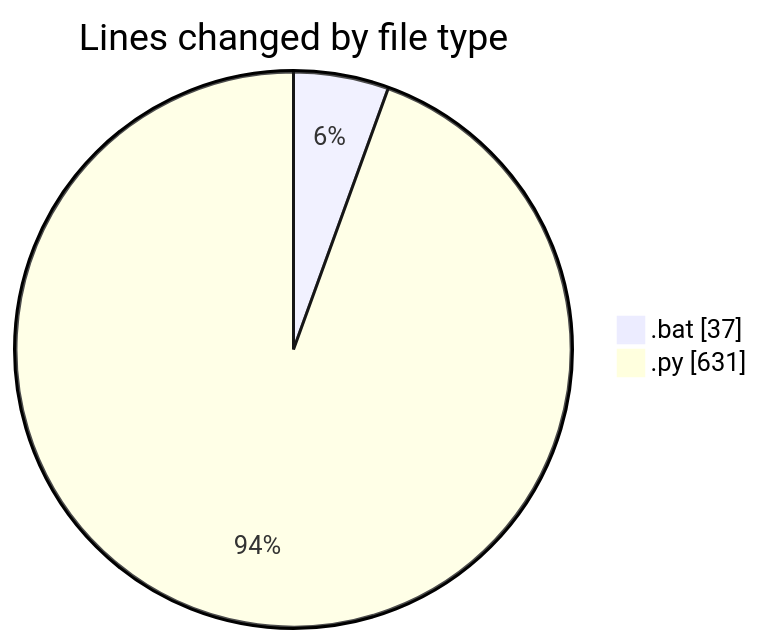
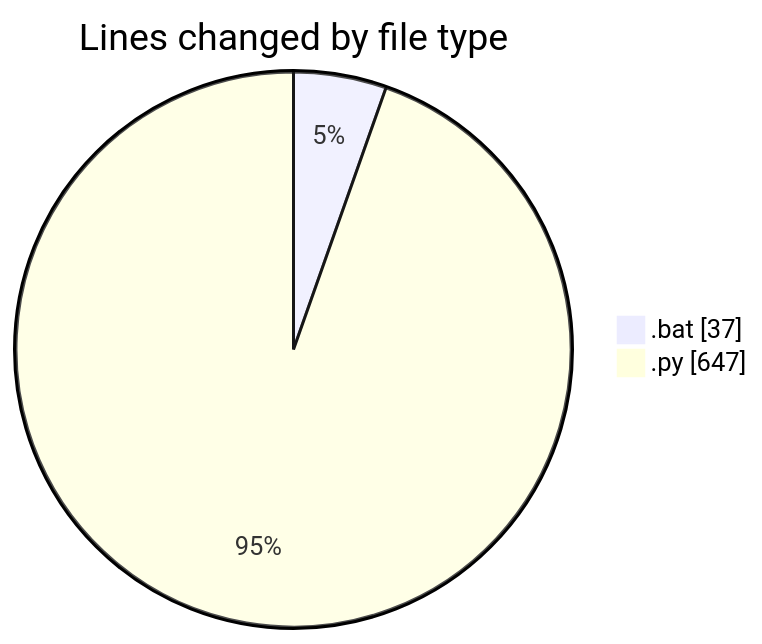
The first of 2 diagrams in 2025-07-04/cursor/README.md (FelipKnott/code-tracking), drawn with Mermaid before and after one commit. The commit also changed other lines of this file and 1 other file, not shown here.

````diff
--- a/2025-07-04/cursor/README.md
+++ b/2025-07-04/cursor/README.md
@@ -25,6 +26,6 @@
 ```mermaid
 pie showData
 title Lines changed by file type
 ".bat" : 37
-".py" : 631
+".py" : 647
 ```
````
